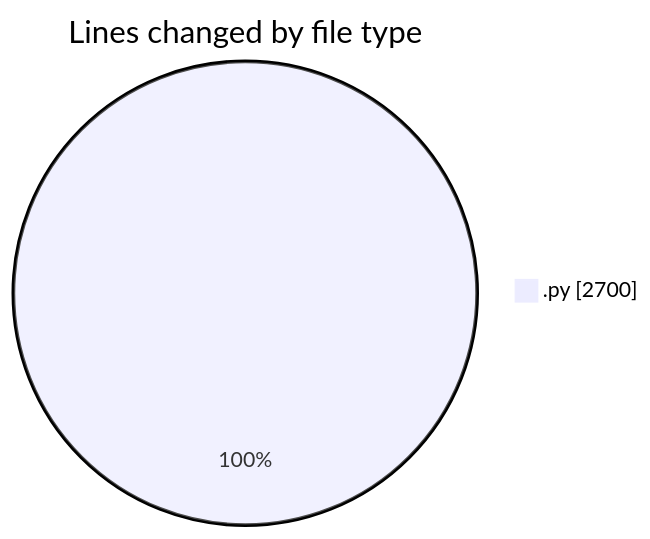
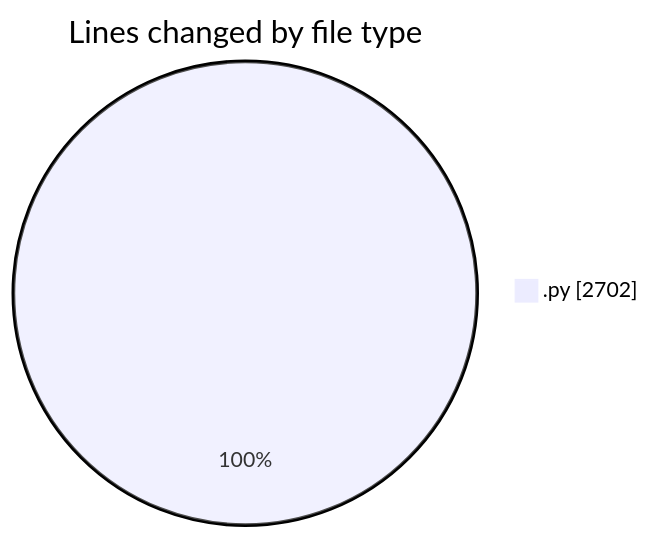
Before and after one commit to jrari/code-tracking: the first of 2 diagrams in 2025-07-15/telebot/README.md, drawn with Mermaid. The commit also changed other lines of this file and 1 other file, not shown here.

````diff
--- a/2025-07-15/telebot/README.md
+++ b/2025-07-15/telebot/README.md
@@ -24,5 +24,5 @@
 ```mermaid
 pie showData
 title Lines changed by file type
-".py" : 2700
+".py" : 2702
 ```
````
